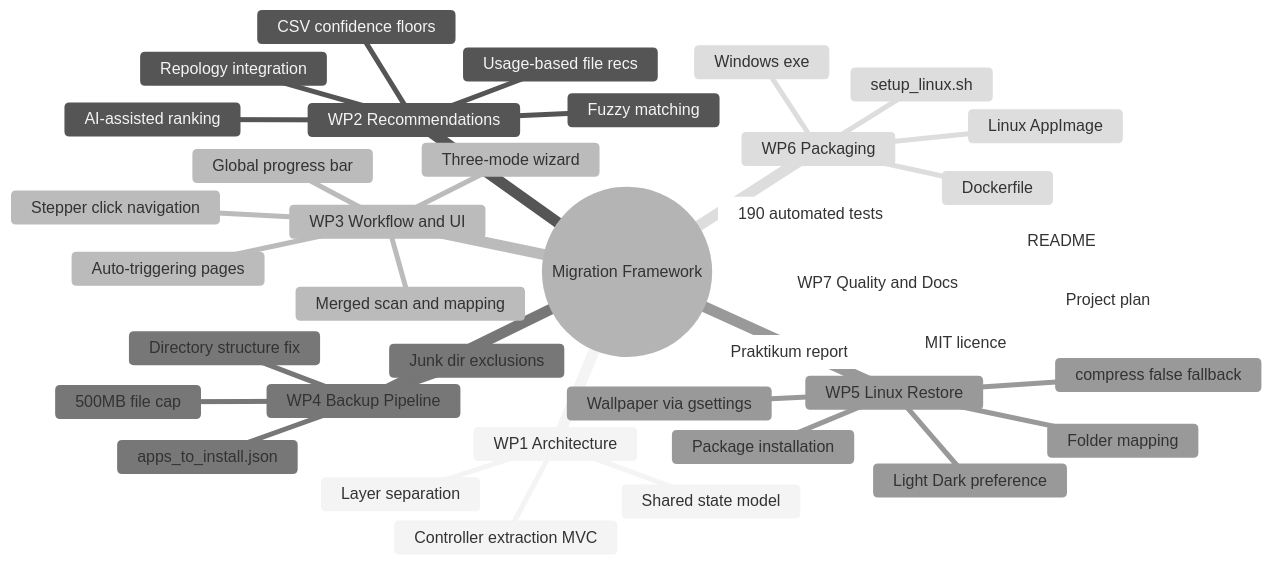
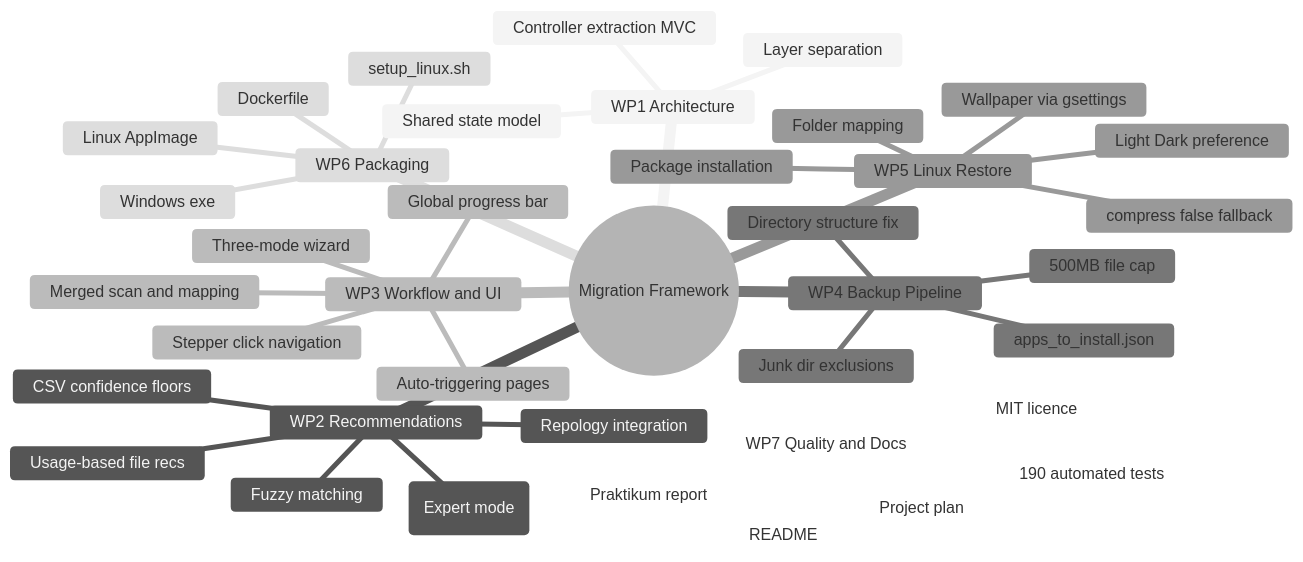
The first of 5 diagrams in docs/PROJECT_MANAGEMENT_PLAN.md (PenCoder/full-auto-migration), drawn with Mermaid (neutral theme) before and after one commit. The commit also changed other lines of this file and 29 other files, not shown here.

````diff
--- a/docs/PROJECT_MANAGEMENT_PLAN.md
+++ b/docs/PROJECT_MANAGEMENT_PLAN.md
@@ -56,42 +56,42 @@
 ```mermaid
 mindmap
   root((Migration Framework))
     WP1 Architecture
       Layer separation
       Controller extraction MVC
       Shared state model
     WP2 Recommendations
       Fuzzy matching
       CSV confidence floors
       Repology integration
       Usage-based file recs
-      AI-assisted ranking
+      Online package verification (Expert mode)
     WP3 Workflow and UI
       Three-mode wizard
       Auto-triggering pages
       Merged scan and mapping
       Stepper click navigation
       Global progress bar
     WP4 Backup Pipeline
       Directory structure fix
       Junk dir exclusions
       apps_to_install.json
       500MB file cap
     WP5 Linux Restore
       Folder mapping
       Wallpaper via gsettings
       Light Dark preference
       Package installation
       compress false fallback
     WP6 Packaging
       Windows exe
       Linux AppImage
       setup_linux.sh
       Dockerfile
     WP7 Quality and Docs
       190 automated tests
       MIT licence
       README
       Praktikum report
       Project plan
 ```
````
